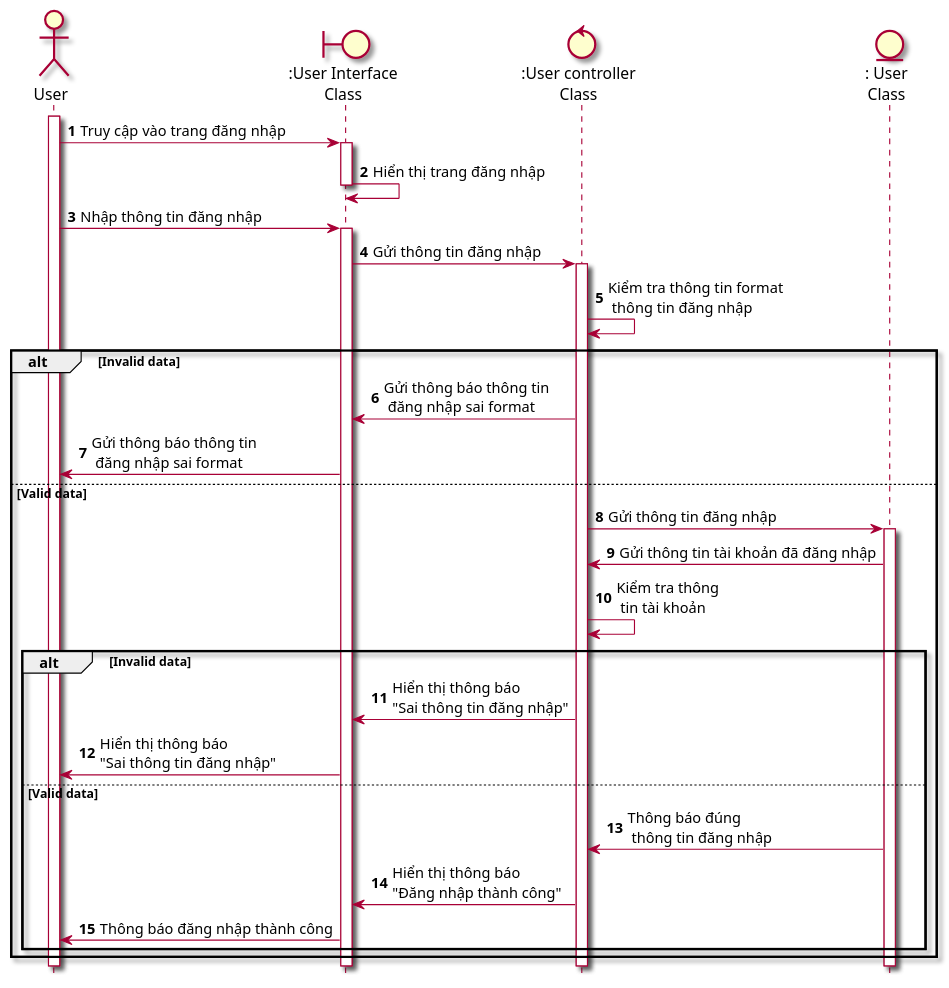
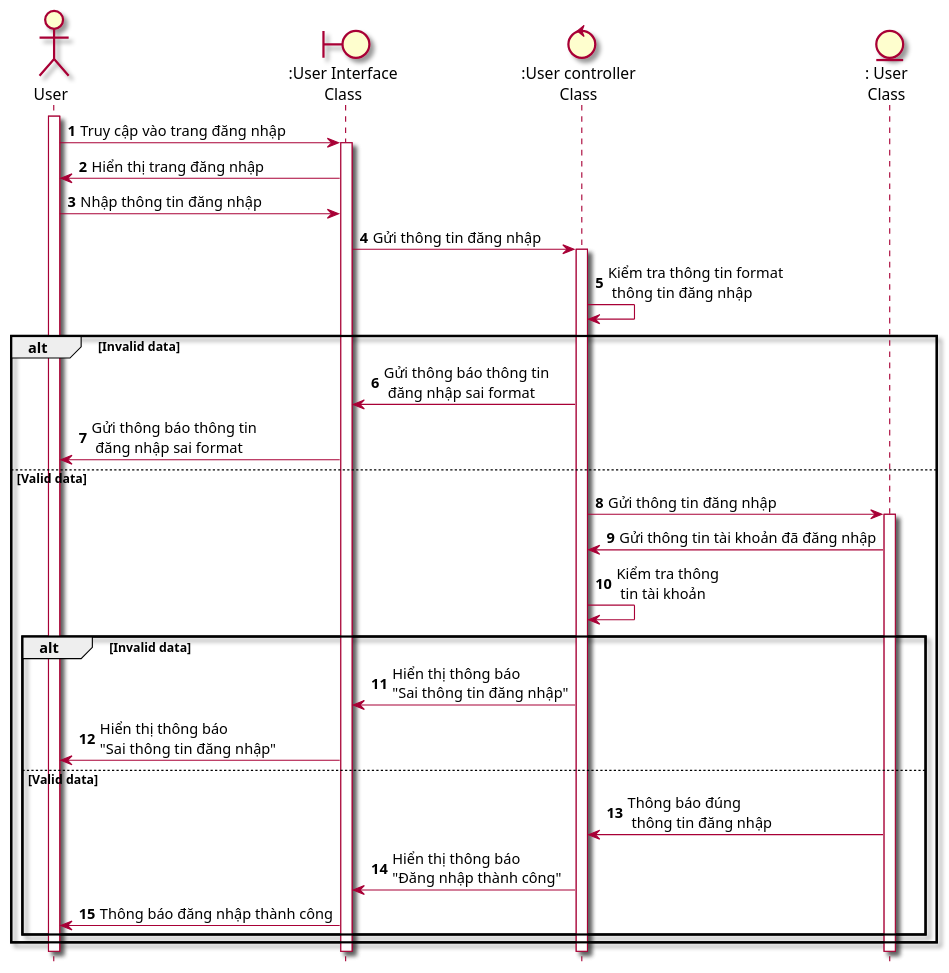
Before and after one commit to Griselda4774/EAS-EmploymentAssistanceSystem: the diagram in Lab1/Lab 1.2 Diagram/Sequence/FilePUML/1.3 SeqDangNhap.puml, drawn with PlantUML. The commit also changed 12 other files, not shown here.

```diff
--- a/Lab1/Lab 1.2 Diagram/Sequence/FilePUML/1.3 SeqDangNhap.puml
+++ b/Lab1/Lab 1.2 Diagram/Sequence/FilePUML/1.3 SeqDangNhap.puml
@@ -1,32 +1,32 @@
 @startuml SeqDangNhap
 skin rose
 hide footbox
 
 actor user as "User"
 boundary userInterface as ":User Interface\nClass"
 control userController as ":User controller\nClass"
 entity User as ": User\nClass"
 autonumber
 user++
 user -> userInterface++: Truy cập vào trang đăng nhập
-userInterface -> userInterface--: Hiển thị trang đăng nhập
-user -> userInterface++: Nhập thông tin đăng nhập
+userInterface -> user: Hiển thị trang đăng nhập
+user -> userInterface: Nhập thông tin đăng nhập
 userInterface -> userController++: Gửi thông tin đăng nhập
 userController -> userController: Kiểm tra thông tin format\n thông tin đăng nhập
 alt Invalid data
     userController -> userInterface: Gửi thông báo thông tin\n đăng nhập sai format
     userInterface -> user: Gửi thông báo thông tin\n đăng nhập sai format
 else Valid data
     userController -> User++: Gửi thông tin đăng nhập
     User -> userController : Gửi thông tin tài khoản đã đăng nhập
     userController -> userController: Kiểm tra thông\n tin tài khoản
     alt Invalid data
         userController -> userInterface: Hiển thị thông báo \n"Sai thông tin đăng nhập"
         userInterface -> user: Hiển thị thông báo \n"Sai thông tin đăng nhập"
     else Valid data
         User -> userController: Thông báo đúng\n thông tin đăng nhập
         userController -> userInterface: Hiển thị thông báo\n"Đăng nhập thành công"
         userInterface -> user: Thông báo đăng nhập thành công
     end
 end
 @enduml
```
